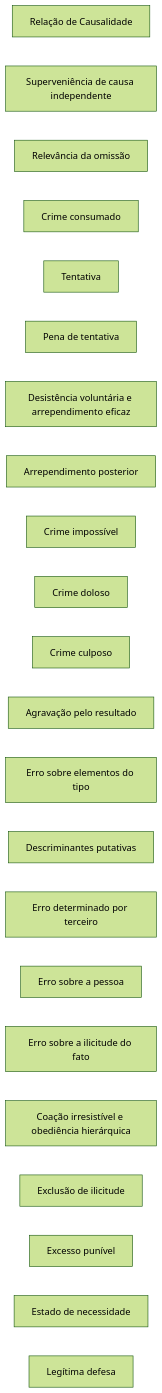
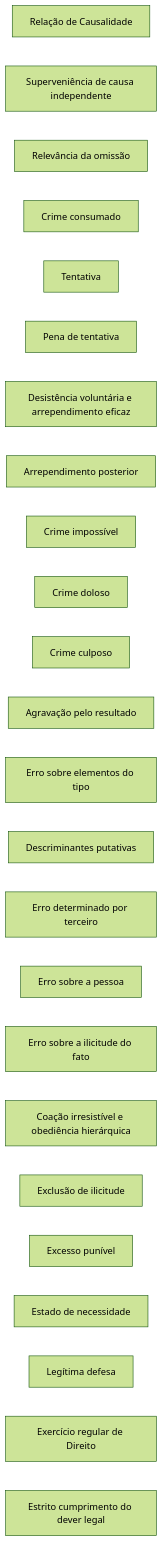
The diagram in P2/teoria-do-delito/visao-geral/vg-2025-01-04-codigo-penal-parte-geral-titulo-ii-da-pena.md (dnlclaudino/bacharelado-em-direito), drawn with Mermaid (forest theme) before and after one commit.

Commit message:
Redigir: Incluir duas formas de excludente de ilicitude

````diff
--- a/P2/teoria-do-delito/visao-geral/vg-2025-01-04-codigo-penal-parte-geral-titulo-ii-da-pena.md
+++ b/P2/teoria-do-delito/visao-geral/vg-2025-01-04-codigo-penal-parte-geral-titulo-ii-da-pena.md
@@ -38,26 +38,28 @@
 ```mermaid
 flowchart LR
 T1[Relação de Causalidade]
 T2[Superveniência de causa independente]
 T3[Relevância da omissão]
 T4[Crime consumado]
 T5[Tentativa]
 T6[Pena de tentativa]
 T7[Desistência voluntária e arrependimento eficaz]
 T8[Arrependimento posterior]
 T9[Crime impossível]
 T10[Crime doloso]
 T11[Crime culposo]
 T12[Agravação pelo resultado]
 T13[Erro sobre elementos do tipo]
 T14[Descriminantes putativas]
 T15[Erro determinado por terceiro]  
 T16[Erro sobre a pessoa]
 T17[Erro sobre a ilicitude do fato]
 T18[Coação irresistível e obediência hierárquica]
 T19[Exclusão de ilicitude]
 T20[Excesso punível]
 T21[Estado de necessidade]
 T22[Legítima defesa]
+T23[Exercício regular de Direito]
+T24[Estrito cumprimento do dever legal]
 
 ```
````
